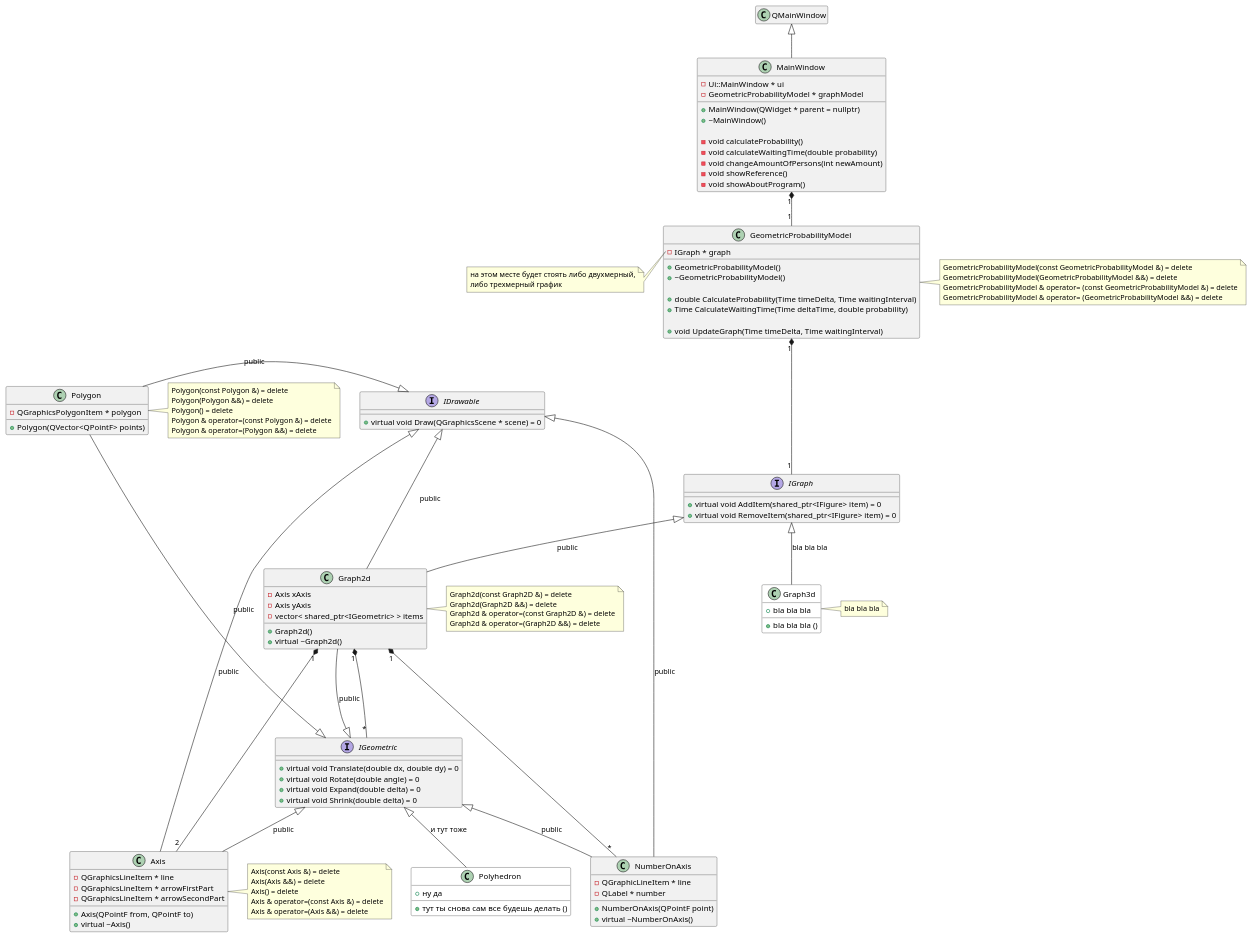
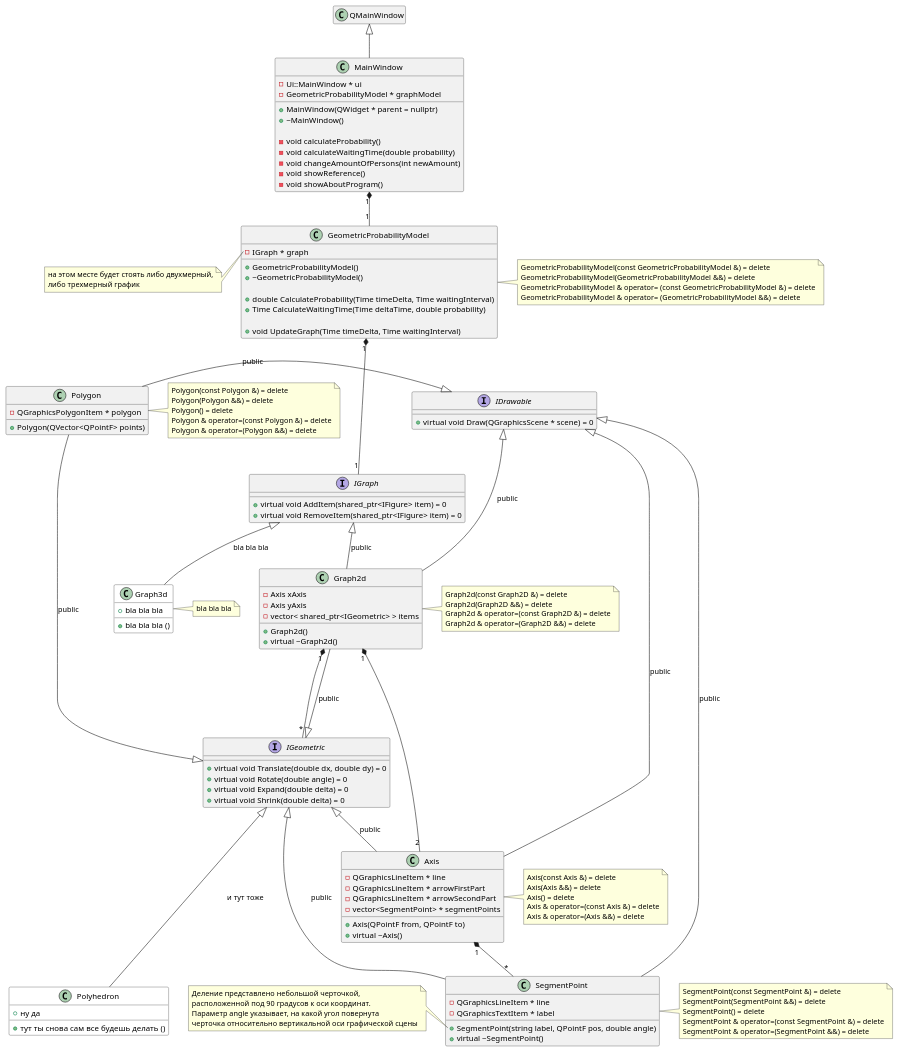
The diagram in doc/graph2d class.puml (HandsAndKeyboards/AppointmentProblem), drawn with PlantUML before and after one commit. The commit also changed 1 other file, not shown here.

Commit message:
класс NumberOnAxis заменен на класс SegmentPoint

```diff
--- a/doc/graph2d class.puml
+++ b/doc/graph2d class.puml
@@ -1,166 +1,181 @@
 @startuml 
 
 'https://plantuml.com/class-diagram
 
 class MainWindow {
     - Ui::MainWindow * ui
     - GeometricProbabilityModel * graphModel
 
     + MainWindow(QWidget * parent = nullptr)
     + ~MainWindow()
 
     - void calculateProbability()
     - void calculateWaitingTime(double probability)
     - void changeAmountOfPersons(int newAmount)
     - void showReference()
     - void showAboutProgram()
 }
 QMainWindow <|-- MainWindow
 hide QMainWindow members
 
 
 
 class GeometricProbabilityModel {
     - IGraph * graph
 
     + GeometricProbabilityModel()
     + ~GeometricProbabilityModel()
 
     + double CalculateProbability(Time timeDelta, Time waitingInterval)
     + Time CalculateWaitingTime(Time deltaTime, double probability)
 
     + void UpdateGraph(Time timeDelta, Time waitingInterval)
 }
 MainWindow "1" *-- "1" GeometricProbabilityModel
 note left of GeometricProbabilityModel::"graph"
     на этом месте будет стоять либо двухмерный,
     либо трехмерный график
 end note
 note right of GeometricProbabilityModel
     GeometricProbabilityModel(const GeometricProbabilityModel &) = delete
     GeometricProbabilityModel(GeometricProbabilityModel &&) = delete
     GeometricProbabilityModel & operator= (const GeometricProbabilityModel &) = delete
     GeometricProbabilityModel & operator= (GeometricProbabilityModel &&) = delete
 end note
 
 
 
 interface IGraph {
     + virtual void AddItem(shared_ptr<IFigure> item) = 0
     + virtual void RemoveItem(shared_ptr<IFigure> item) = 0
 }
 GeometricProbabilityModel "1" *--- "1" IGraph
 note left of IGraph::"mainFigure"
     основная фигура, характеризующая
     геометрическую вероятность
 end note
 note left of IGraph::"boundingFigure"
     фигура, ограничивающая основную
 end note
 
 
 
 class Graph2d {
     - Axis xAxis
     - Axis yAxis
     - vector< shared_ptr<IGeometric> > items
 
     + Graph2d()
     + virtual ~Graph2d()
 }
 IGraph <|-- Graph2d : public
 IGeometric <|--- Graph2d : public
 IDrawable <|--- Graph2d : public
 note right of Graph2d
     Graph2d(const Graph2D &) = delete
     Graph2d(Graph2D &&) = delete
     Graph2d & operator=(const Graph2D &) = delete
     Graph2d & operator=(Graph2D &&) = delete
 end note
 
 
 
 class Graph3d #white { /' #white окрашивает объект в белый цвет '/
     + bla bla bla
     + bla bla bla ()
 }
 IGraph <|-- Graph3d : bla bla bla
 note right of Graph3d
     bla bla bla
 end note
 
 
 
 class Axis {
     - QGraphicsLineItem * line
     - QGraphicsLineItem * arrowFirstPart
     - QGraphicsLineItem * arrowSecondPart
+    - vector<SegmentPoint> * segmentPoints
 
     + Axis(QPointF from, QPointF to)
     + virtual ~Axis()
 }
 IGeometric <|-- Axis : public
 IDrawable <|-- Axis : public
 Graph2d "1" *-- "2" Axis
 note right of Axis
     Axis(const Axis &) = delete
     Axis(Axis &&) = delete
     Axis() = delete
     Axis & operator=(const Axis &) = delete
     Axis & operator=(Axis &&) = delete
 end note
 
 
-class NumberOnAxis {
-    - QGraphicLineItem * line
-    - QLabel * number
 
-    + NumberOnAxis(QPointF point)
-    + virtual ~NumberOnAxis()
+class SegmentPoint {
+    - QGraphicsLineItem * line
+    - QGraphicsTextItem * label
+
+    + SegmentPoint(string label, QPointF pos, double angle)
+    + virtual ~SegmentPoint()
 }
-IGeometric <|-- NumberOnAxis : public
-IDrawable <|-- NumberOnAxis : public
-Graph2d "1" *-- "*" NumberOnAxis
+IDrawable <|-- SegmentPoint : public
+IGeometric <|-- SegmentPoint : public
+Axis "1" *-- "*" SegmentPoint
+note left of SegmentPoint::"SegmentPoint(string label, QPointF pos, double angle)"
+    Деление представлено небольшой черточкой,
+    расположенной под 90 градусов к оси координат.
+    Параметр angle указывает, на какой угол повернута
+    черточка относительно вертикальной оси графической сцены
+end note
+note right of SegmentPoint
+    SegmentPoint(const SegmentPoint &) = delete
+    SegmentPoint(SegmentPoint &&) = delete
+    SegmentPoint() = delete
+    SegmentPoint & operator=(const SegmentPoint &) = delete
+    SegmentPoint & operator=(SegmentPoint &&) = delete
+end note
+
 
 
 interface IGeometric {
     + virtual void Translate(double dx, double dy) = 0
     + virtual void Rotate(double angle) = 0
     + virtual void Expand(double delta) = 0
     + virtual void Shrink(double delta) = 0
 }
 Graph2d "1" *-- "*" IGeometric
 
 
 class Polygon {
     - QGraphicsPolygonItem * polygon
 
     + Polygon(QVector<QPointF> points)
 }
 IGeometric <|-- Polygon : public
 IDrawable <|-left- Polygon : public
 note right of Polygon
     Polygon(const Polygon &) = delete
     Polygon(Polygon &&) = delete
     Polygon() = delete
     Polygon & operator=(const Polygon &) = delete
     Polygon & operator=(Polygon &&) = delete
 end note
 
 
 
-
 class Polyhedron #white { /' #white окрашивает объект в белый цвет '/
     + ну да
     + тут ты снова сам все будешь делать ()
 }
-IGeometric <|-- Polyhedron : и тут тоже
+IGeometric <|--- Polyhedron : и тут тоже
 
 
 
 interface IDrawable {
     + virtual void Draw(QGraphicsScene * scene) = 0
 }
 
 
 @enduml
```
